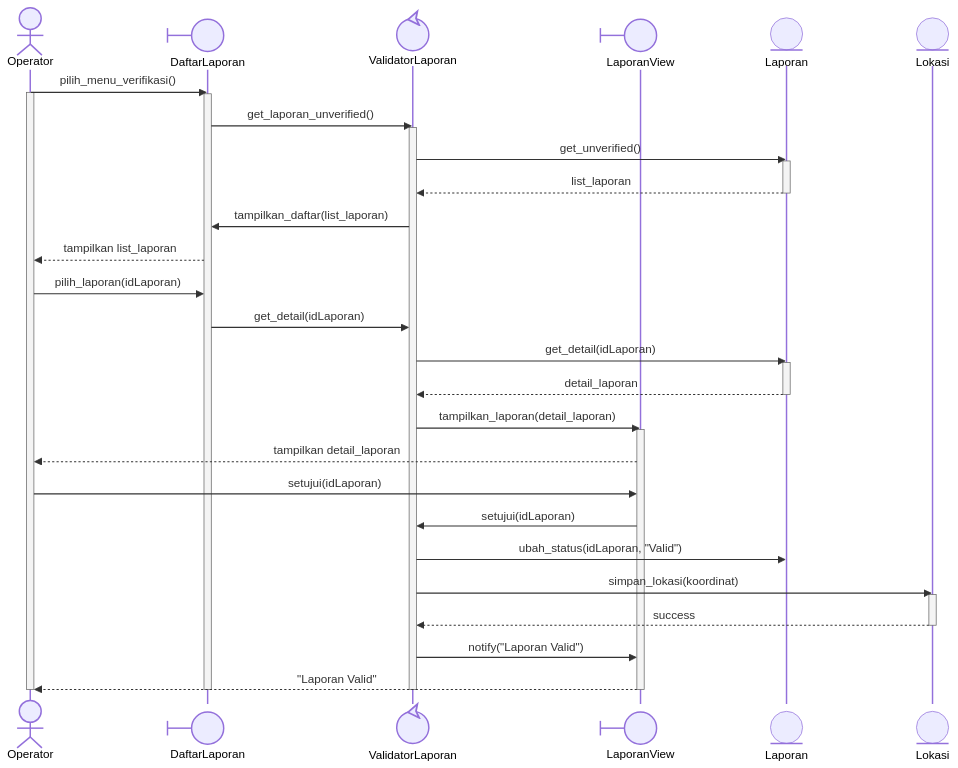
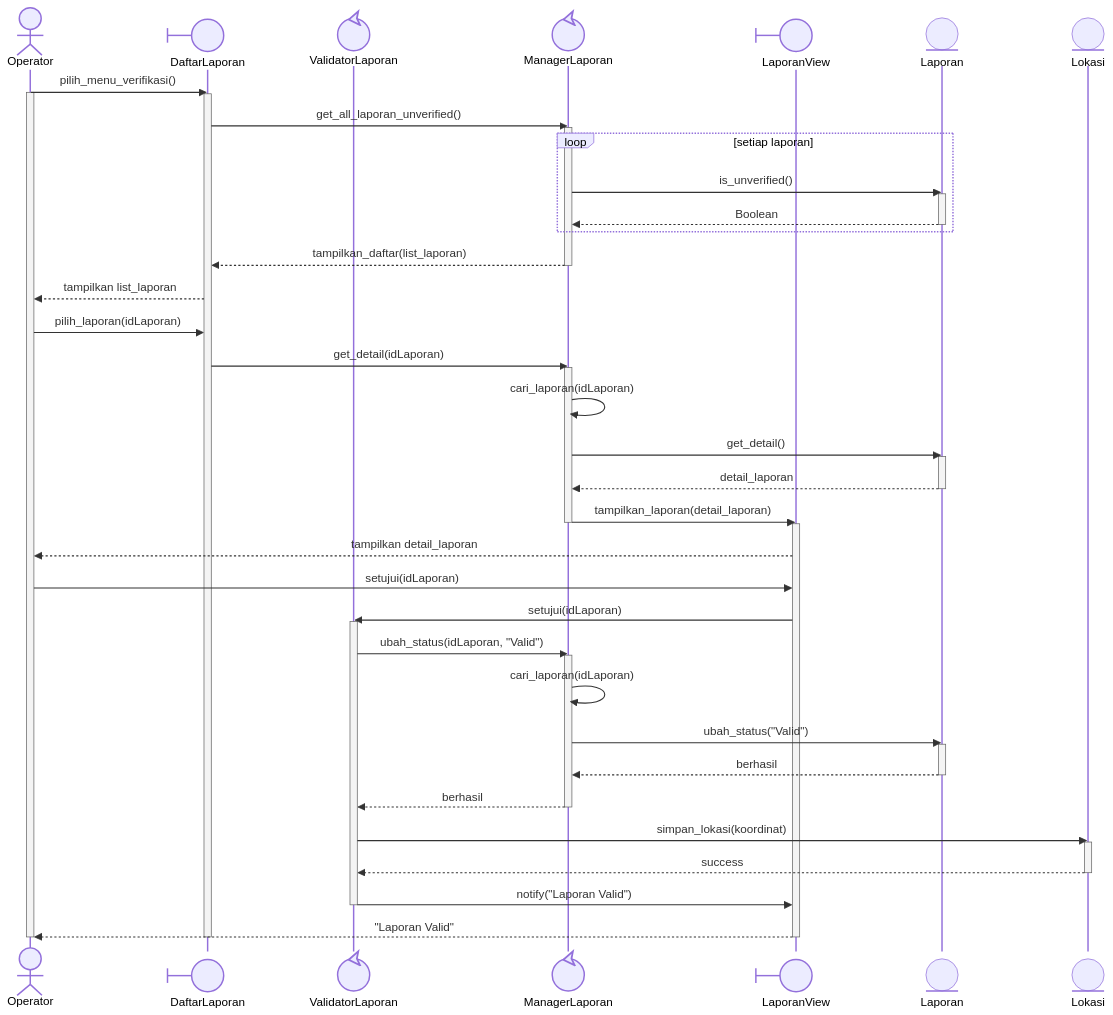
The tenth of 29 diagrams in docs/M8/K03_G02_DPPL2.md (star-scripter/IF2150-RPL-K03-G02), drawn with Mermaid before and after one commit. The commit also changed other lines of this file, not shown here.

````diff
--- a/docs/M8/K03_G02_DPPL2.md
+++ b/docs/M8/K03_G02_DPPL2.md
@@ -584,47 +585,63 @@
 ```mermaid
 %%{init: {'themeCSS': '.actor-line { stroke-dasharray: 4, 4; }'}}%%
 sequenceDiagram
     actor O as Operator
     participant DL@{"type":"boundary"} as DaftarLaporan
     participant VL@{"type":"control"} as ValidatorLaporan
+    participant ML@{"type":"control"} as ManagerLaporan
     participant LV@{"type":"boundary"} as LaporanView
     participant L@{"type":"entity"} as Laporan
     participant LO@{"type":"entity"} as Lokasi
 
     O->>DL: pilih_menu_verifikasi()
     activate O
     activate DL
-    DL->>VL: get_laporan_unverified()
-    activate VL
-    VL->>L: get_unverified()
-    activate L
-    L-->>VL: list_laporan
-    deactivate L
-    VL->>DL: tampilkan_daftar(list_laporan)
+    DL->>ML: get_all_laporan_unverified()
+    activate ML
+    loop setiap laporan
+        ML->>L: is_unverified()
+        activate L
+        L-->>ML: Boolean
+        deactivate L
+    end
+    ML-->>DL: tampilkan_daftar(list_laporan)
+    deactivate ML
     DL-->>O: tampilkan list_laporan
     
     O->>DL: pilih_laporan(idLaporan)
-    DL->>VL: get_detail(idLaporan)
-    VL->>L: get_detail(idLaporan)
+    DL->>ML: get_detail(idLaporan)
+    activate ML
+    ML->>ML: cari_laporan(idLaporan)
+    ML->>L: get_detail()
     activate L
-    L-->>VL: detail_laporan
+    L-->>ML: detail_laporan
     deactivate L
-    VL->>LV: tampilkan_laporan(detail_laporan)
+    ML->>LV: tampilkan_laporan(detail_laporan)
+    deactivate ML
     activate LV
     LV-->>O: tampilkan detail_laporan
     
     O->>LV: setujui(idLaporan)
     LV->>VL: setujui(idLaporan)
-    VL->>L: ubah_status(idLaporan, "Valid")
+    activate VL
+    VL->>ML: ubah_status(idLaporan, "Valid")
+    activate ML
+    ML->>ML: cari_laporan(idLaporan)
+    ML->>L: ubah_status("Valid")
+    activate L
+    L-->>ML: berhasil
+    deactivate L
+    ML-->>VL: berhasil
+    deactivate ML
     VL->>LO: simpan_lokasi(koordinat)
     activate LO
     LO-->>VL: success
     deactivate LO
     VL->>LV: notify("Laporan Valid")
+    deactivate VL
     LV-->>O: "Laporan Valid"
     
     deactivate LV
-    deactivate VL
     deactivate DL
     deactivate O
 ```
````
